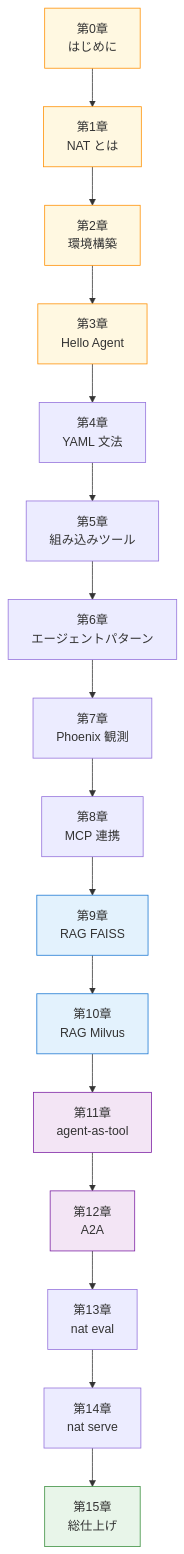
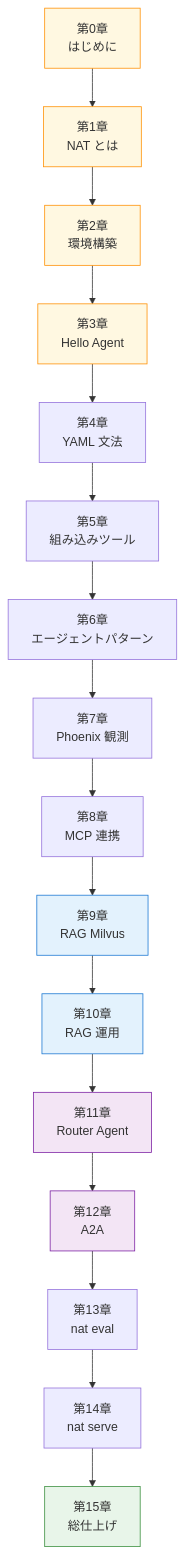
One commit to himorishige/zenn-contents changed the second of 2 diagrams in books/nemo-agent-toolkit-nim-handson/00-intro.md. Above: the diagram before and after it, drawn with Mermaid. The commit also changed other lines of this file and 4 other files, not shown here.

````diff
--- a/books/nemo-agent-toolkit-nim-handson/00-intro.md
+++ b/books/nemo-agent-toolkit-nim-handson/00-intro.md
@@ -128,27 +129,27 @@
 ```mermaid
 graph TD
     C0["第0章<br/>はじめに"] --> C1["第1章<br/>NAT とは"]
     C1 --> C2["第2章<br/>環境構築"]
     C2 --> C3["第3章<br/>Hello Agent"]
     C3 --> C4["第4章<br/>YAML 文法"]
     C4 --> C5["第5章<br/>組み込みツール"]
     C5 --> C6["第6章<br/>エージェントパターン"]
     C6 --> C7["第7章<br/>Phoenix 観測"]
     C7 --> C8["第8章<br/>MCP 連携"]
-    C8 --> C9["第9章<br/>RAG FAISS"]
-    C9 --> C10["第10章<br/>RAG Milvus"]
-    C10 --> C11["第11章<br/>agent-as-tool"]
+    C8 --> C9["第9章<br/>RAG Milvus"]
+    C9 --> C10["第10章<br/>RAG 運用"]
+    C10 --> C11["第11章<br/>Router Agent"]
     C11 --> C12["第12章<br/>A2A"]
     C12 --> C13["第13章<br/>nat eval"]
     C13 --> C14["第14章<br/>nat serve"]
     C14 --> C15["第15章<br/>総仕上げ"]
     style C0 fill:#fff8e1,stroke:#ff8f00
     style C1 fill:#fff8e1,stroke:#ff8f00
     style C2 fill:#fff8e1,stroke:#ff8f00
     style C3 fill:#fff8e1,stroke:#ff8f00
     style C9 fill:#e3f2fd,stroke:#1976d2
     style C10 fill:#e3f2fd,stroke:#1976d2
     style C11 fill:#f3e5f5,stroke:#7b1fa2
     style C12 fill:#f3e5f5,stroke:#7b1fa2
     style C15 fill:#e8f5e9,stroke:#388e3c
 ```
````
